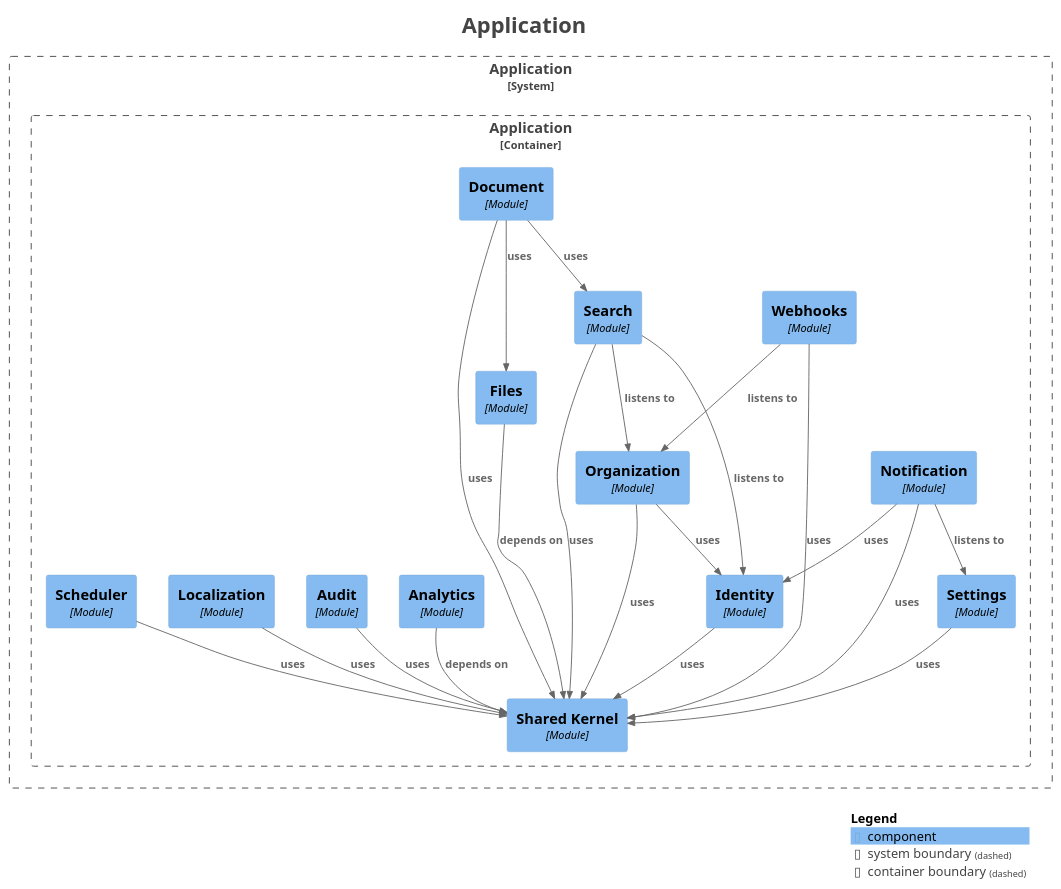
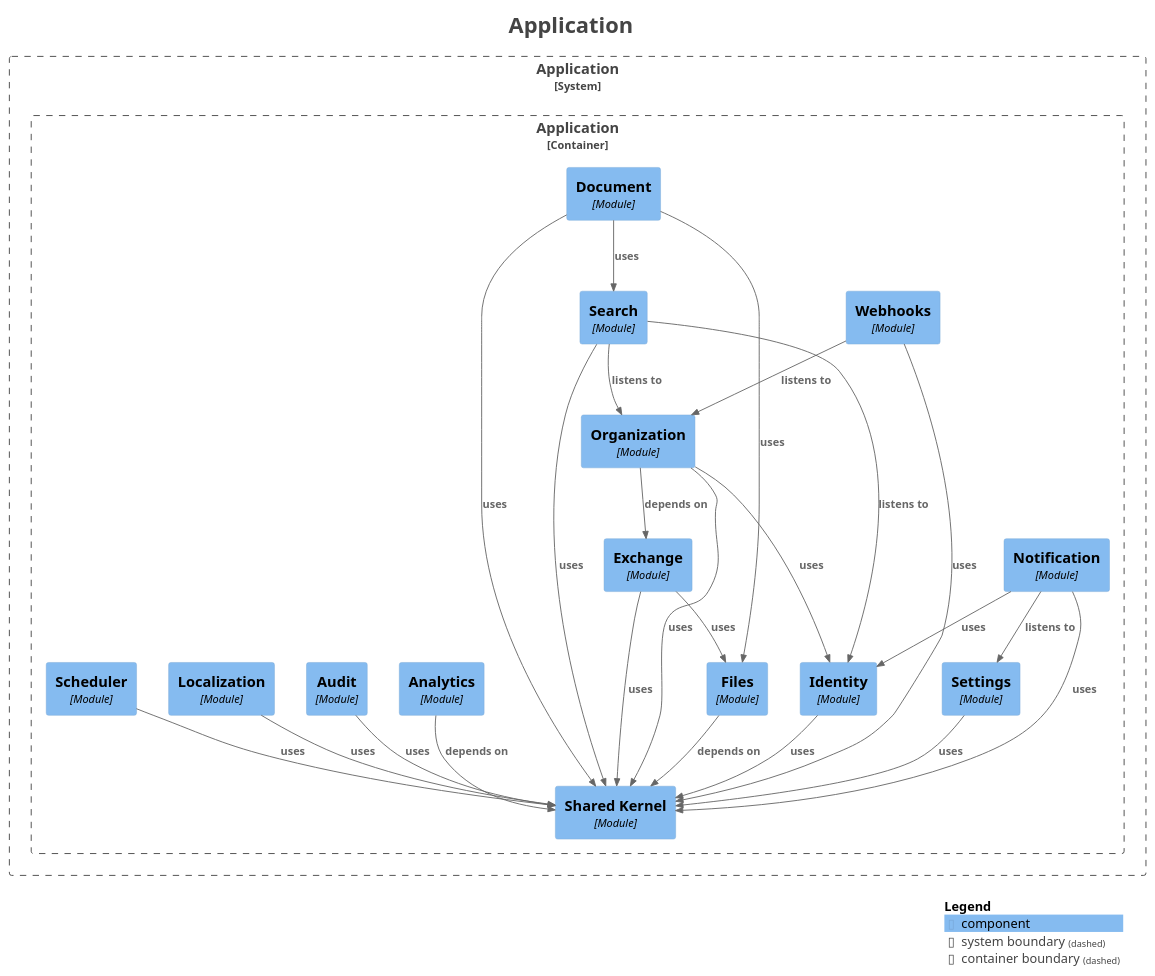
Before and after one commit to Paul-Ayesiga/enterprise-modulith-template: the diagram in docs/modulith/components.puml, drawn with PlantUML. The commit also changed 63 other files, not shown here.

```diff
--- a/docs/modulith/components.puml
+++ b/docs/modulith/components.puml
@@ -1,60 +1,64 @@
 @startuml
 title <size:24>Application</size>
 
 set separator none
 top to bottom direction
 
 <style>
   root {
     BackgroundColor: #ffffff
     FontColor: #444444
   }
 </style>
 
 !include <C4/C4>
 !include <C4/C4_Context>
 !include <C4/C4_Component>
 
 System_Boundary("Application_boundary", "Application", $tags="") {
   Container_Boundary("Application.Application_boundary", "Application", $tags="") {
     Component(Application.Application.Settings, "Settings", $techn="Module", $descr="", $tags="", $link="")
+    Component(Application.Application.Exchange, "Exchange", $techn="Module", $descr="", $tags="", $link="")
     Component(Application.Application.Notification, "Notification", $techn="Module", $descr="", $tags="", $link="")
     Component(Application.Application.Organization, "Organization", $techn="Module", $descr="", $tags="", $link="")
     Component(Application.Application.Search, "Search", $techn="Module", $descr="", $tags="", $link="")
     Component(Application.Application.Webhooks, "Webhooks", $techn="Module", $descr="", $tags="", $link="")
     Component(Application.Application.Document, "Document", $techn="Module", $descr="", $tags="", $link="")
     Component(Application.Application.SharedKernel, "Shared Kernel", $techn="Module", $descr="", $tags="", $link="")
     Component(Application.Application.Analytics, "Analytics", $techn="Module", $descr="", $tags="", $link="")
     Component(Application.Application.Audit, "Audit", $techn="Module", $descr="", $tags="", $link="")
     Component(Application.Application.Files, "Files", $techn="Module", $descr="", $tags="", $link="")
     Component(Application.Application.Identity, "Identity", $techn="Module", $descr="", $tags="", $link="")
     Component(Application.Application.Localization, "Localization", $techn="Module", $descr="", $tags="", $link="")
     Component(Application.Application.Scheduler, "Scheduler", $techn="Module", $descr="", $tags="", $link="")
   }
 
 }
 
-Rel(Application.Application.Identity, Application.Application.SharedKernel, "uses", $techn="", $tags="", $link="")
-Rel(Application.Application.Scheduler, Application.Application.SharedKernel, "uses", $techn="", $tags="", $link="")
-Rel(Application.Application.Analytics, Application.Application.SharedKernel, "depends on", $techn="", $tags="", $link="")
-Rel(Application.Application.Audit, Application.Application.SharedKernel, "uses", $techn="", $tags="", $link="")
-Rel(Application.Application.Localization, Application.Application.SharedKernel, "uses", $techn="", $tags="", $link="")
-Rel(Application.Application.Search, Application.Application.Identity, "listens to", $techn="", $tags="", $link="")
-Rel(Application.Application.Search, Application.Application.Organization, "listens to", $techn="", $tags="", $link="")
-Rel(Application.Application.Search, Application.Application.SharedKernel, "uses", $techn="", $tags="", $link="")
 Rel(Application.Application.Webhooks, Application.Application.Organization, "listens to", $techn="", $tags="", $link="")
 Rel(Application.Application.Webhooks, Application.Application.SharedKernel, "uses", $techn="", $tags="", $link="")
+Rel(Application.Application.Scheduler, Application.Application.SharedKernel, "uses", $techn="", $tags="", $link="")
+Rel(Application.Application.Settings, Application.Application.SharedKernel, "uses", $techn="", $tags="", $link="")
+Rel(Application.Application.Audit, Application.Application.SharedKernel, "uses", $techn="", $tags="", $link="")
 Rel(Application.Application.Files, Application.Application.SharedKernel, "depends on", $techn="", $tags="", $link="")
-Rel(Application.Application.Settings, Application.Application.SharedKernel, "uses", $techn="", $tags="", $link="")
+Rel(Application.Application.Exchange, Application.Application.Files, "uses", $techn="", $tags="", $link="")
+Rel(Application.Application.Exchange, Application.Application.SharedKernel, "uses", $techn="", $tags="", $link="")
+Rel(Application.Application.Localization, Application.Application.SharedKernel, "uses", $techn="", $tags="", $link="")
+Rel(Application.Application.Identity, Application.Application.SharedKernel, "uses", $techn="", $tags="", $link="")
+Rel(Application.Application.Analytics, Application.Application.SharedKernel, "depends on", $techn="", $tags="", $link="")
+Rel(Application.Application.Search, Application.Application.Organization, "listens to", $techn="", $tags="", $link="")
+Rel(Application.Application.Search, Application.Application.Identity, "listens to", $techn="", $tags="", $link="")
+Rel(Application.Application.Search, Application.Application.SharedKernel, "uses", $techn="", $tags="", $link="")
+Rel(Application.Application.Document, Application.Application.Files, "uses", $techn="", $tags="", $link="")
+Rel(Application.Application.Document, Application.Application.Search, "uses", $techn="", $tags="", $link="")
+Rel(Application.Application.Document, Application.Application.SharedKernel, "uses", $techn="", $tags="", $link="")
+Rel(Application.Application.Organization, Application.Application.Exchange, "depends on", $techn="", $tags="", $link="")
+Rel(Application.Application.Organization, Application.Application.Identity, "uses", $techn="", $tags="", $link="")
+Rel(Application.Application.Organization, Application.Application.SharedKernel, "uses", $techn="", $tags="", $link="")
 Rel(Application.Application.Notification, Application.Application.Settings, "listens to", $techn="", $tags="", $link="")
 Rel(Application.Application.Notification, Application.Application.SharedKernel, "uses", $techn="", $tags="", $link="")
 Rel(Application.Application.Notification, Application.Application.Identity, "uses", $techn="", $tags="", $link="")
-Rel(Application.Application.Organization, Application.Application.Identity, "uses", $techn="", $tags="", $link="")
-Rel(Application.Application.Organization, Application.Application.SharedKernel, "uses", $techn="", $tags="", $link="")
-Rel(Application.Application.Document, Application.Application.Files, "uses", $techn="", $tags="", $link="")
-Rel(Application.Application.Document, Application.Application.Search, "uses", $techn="", $tags="", $link="")
-Rel(Application.Application.Document, Application.Application.SharedKernel, "uses", $techn="", $tags="", $link="")
 
 SHOW_LEGEND(true)
 hide stereotypes
 @enduml
```
